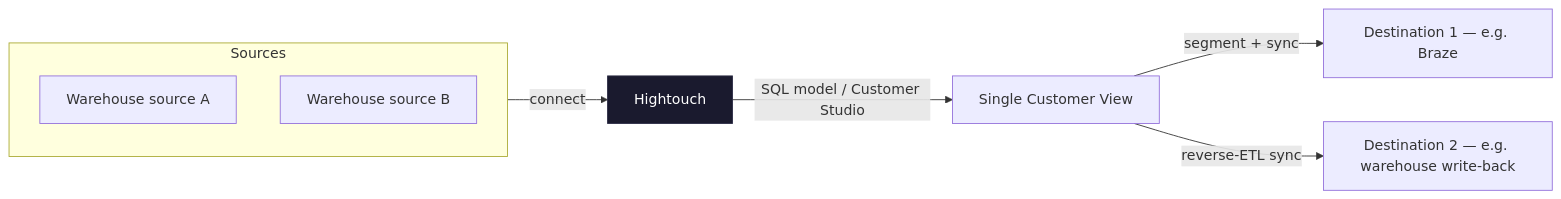
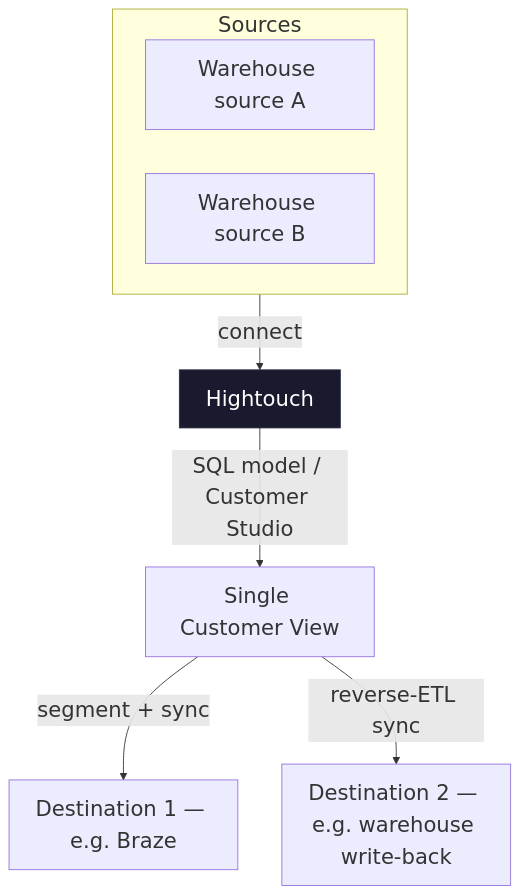
One commit to jc-cd/hightouch-101 changed the diagram in course/diagrams/architecture-overview.md. Above: the diagram before and after it, drawn with Mermaid. The commit also changed 30 other files, not shown here.

````diff
--- a/course/diagrams/architecture-overview.md
+++ b/course/diagrams/architecture-overview.md
@@ -3,14 +3,15 @@
 ```mermaid
-flowchart LR
+%%{init: {"themeVariables": {"fontSize": "24px"}}}%%
+flowchart TB
     subgraph Sources
         A[Warehouse source A]
         B[Warehouse source B]
     end
 
     Sources -->|connect| HT[Hightouch]
     HT -->|SQL model / Customer Studio| SCV[Single Customer View]
     SCV -->|segment + sync| D1[Destination 1 — e.g. Braze]
     SCV -->|reverse-ETL sync| D2[Destination 2 — e.g. warehouse write-back]
 
     style HT fill:#1A1A2E,stroke:#2a2a44,color:#fff
 ```
````
